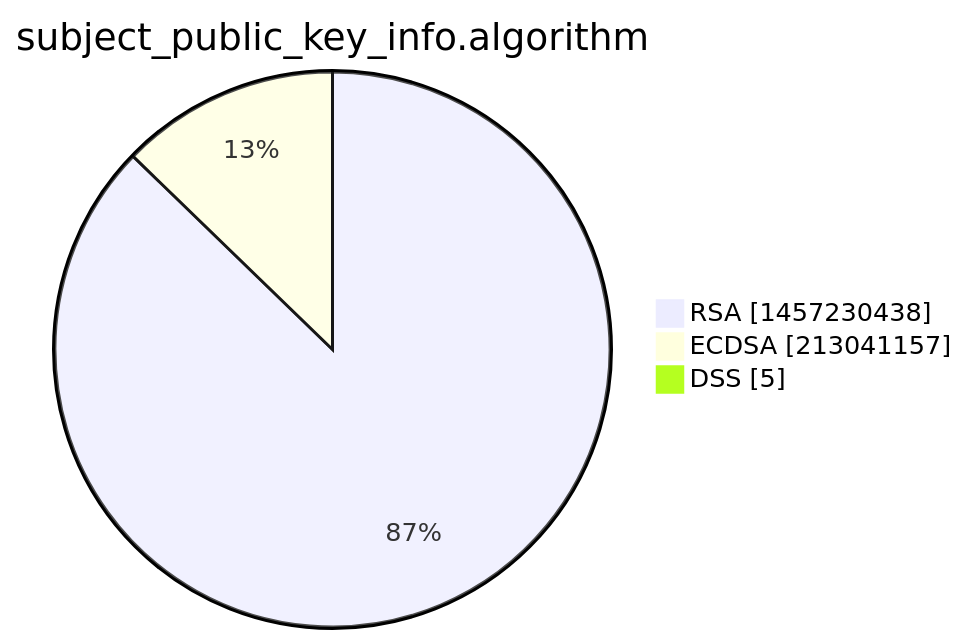
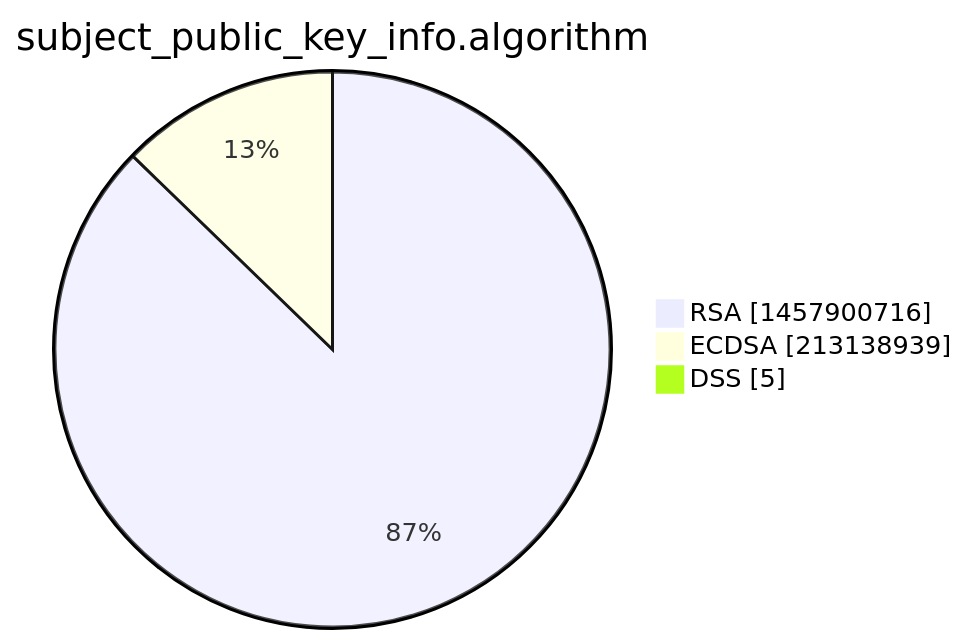
One commit to christiankrug/ctmonitor_visualization changed the third of 15 diagrams in xenon2022/README.md. Above: the diagram before and after it, drawn with Mermaid. The commit also changed other lines of this file, not shown here.

````diff
--- a/xenon2022/README.md
+++ b/xenon2022/README.md
@@ -14,7 +14,7 @@
 ```mermaid
 pie showData
 title subject_public_key_info.algorithm
-"RSA" :1457230438
-"ECDSA" :213041157
+"RSA" :1457900716
+"ECDSA" :213138939
 "DSS" :5
 ```
````
